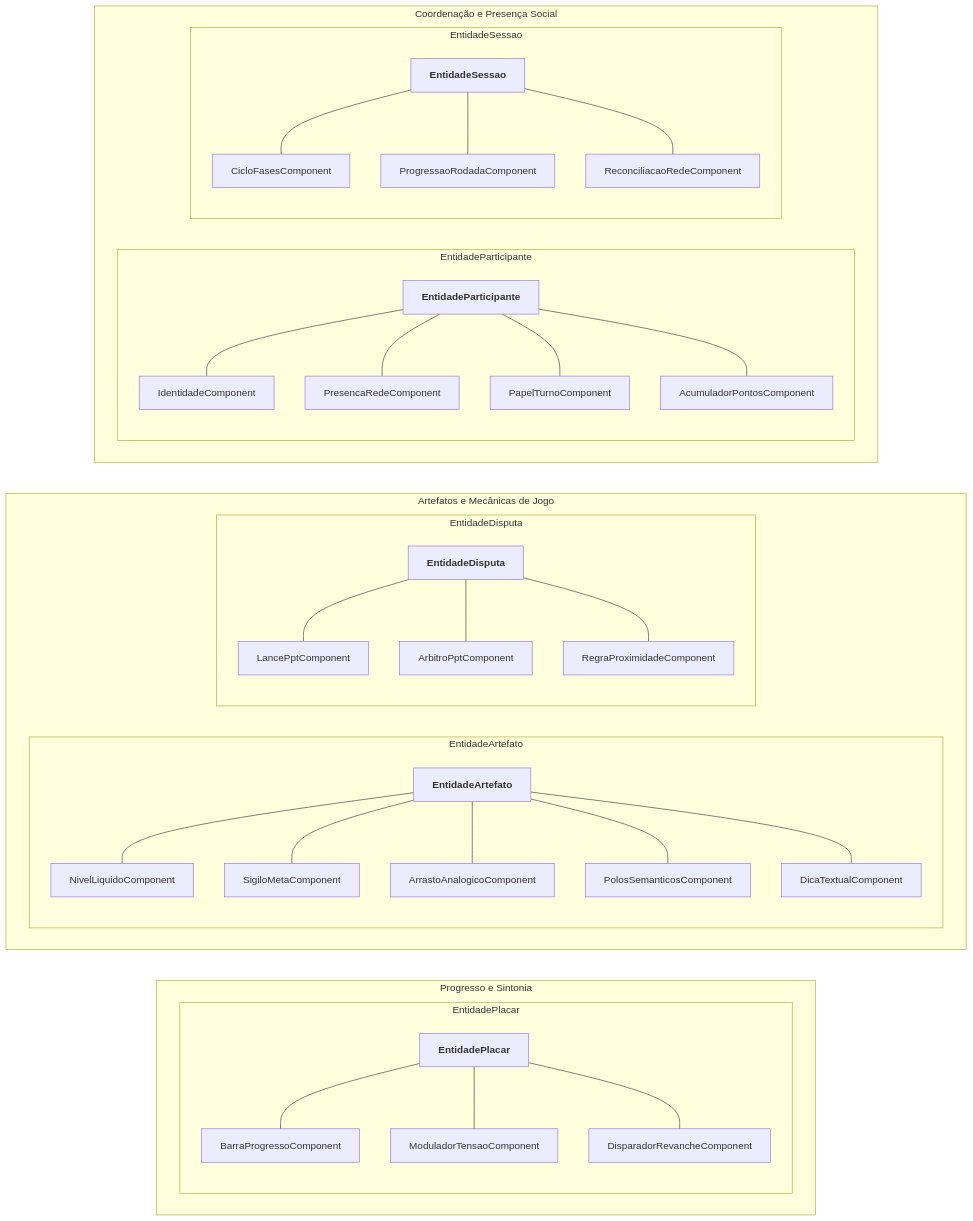
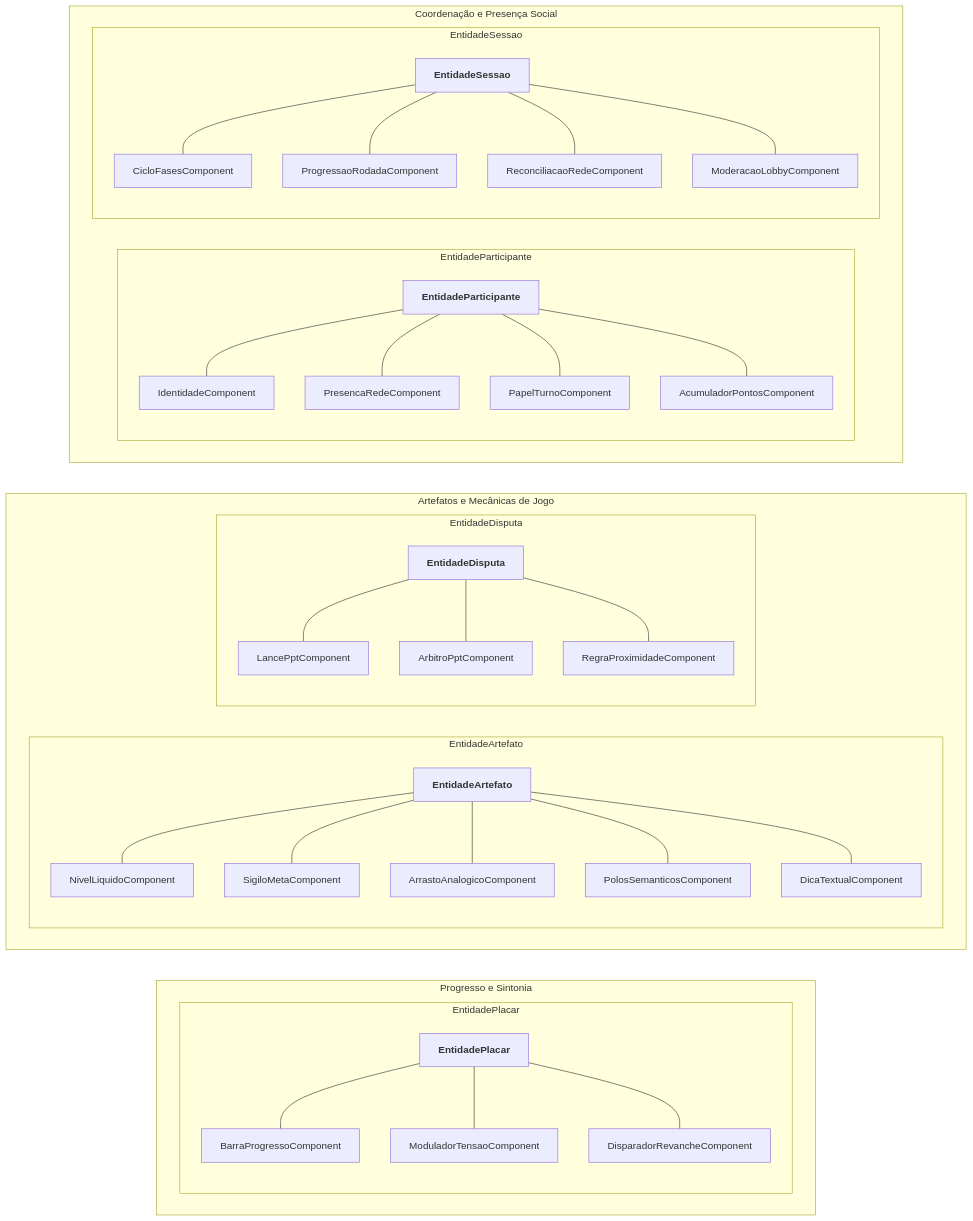
The second of 4 diagrams in docs/diagramas/diagramas.md (araujosemacento/leveling_out), drawn with Mermaid before and after one commit. The commit also changed other lines of this file and 27 other files, not shown here.

````diff
--- a/docs/diagramas/diagramas.md
+++ b/docs/diagramas/diagramas.md
@@ -98,56 +98,57 @@
 ```mermaid
 flowchart TB
     subgraph LinhaSocial ["Coordenação e Presença Social"]
         direction LR
         subgraph SubE1 ["EntidadeParticipante"]
             direction TB
             EP["<b>EntidadeParticipante</b>"]
             EP --- C_Id["IdentidadeComponent"]
             EP --- C_Pres["PresencaRedeComponent"]
             EP --- C_Papel["PapelTurnoComponent"]
             EP --- C_Pontos["AcumuladorPontosComponent"]
         end
 
         subgraph SubE2 ["EntidadeSessao"]
             direction TB
             ES["<b>EntidadeSessao</b>"]
             ES --- C_Ciclo["CicloFasesComponent"]
             ES --- C_Prog["ProgressaoRodadaComponent"]
             ES --- C_Reconc["ReconciliacaoRedeComponent"]
+            ES --- C_Mod["ModeracaoLobbyComponent"]
         end
     end
 
     subgraph LinhaMecanica ["Artefatos e Mecânicas de Jogo"]
         direction LR
         subgraph SubE3 ["EntidadeArtefato"]
             direction TB
             EA["<b>EntidadeArtefato</b>"]
             EA --- C_Nivel["NivelLiquidoComponent"]
             EA --- C_Sigilo["SigiloMetaComponent"]
             EA --- C_Arrasto["ArrastoAnalogicoComponent"]
             EA --- C_Polos["PolosSemanticosComponent"]
             EA --- C_Dica["DicaTextualComponent"]
         end
 
         subgraph SubE4 ["EntidadeDisputa"]
             direction TB
             ED["<b>EntidadeDisputa</b>"]
             ED --- C_Lance["LancePptComponent"]
             ED --- C_Arbitro["ArbitroPptComponent"]
             ED --- C_Regra["RegraProximidadeComponent"]
         end
     end
 
     subgraph LinhaResultados ["Progresso e Sintonia"]
         direction LR
         subgraph SubE5 ["EntidadePlacar"]
             direction TB
             EPL["<b>EntidadePlacar</b>"]
             EPL --- C_Barra["BarraProgressoComponent"]
             EPL --- C_Tensao["ModuladorTensaoComponent"]
             EPL --- C_Revanche["DisparadorRevancheComponent"]
         end
     end
 
     LinhaSocial ~~~ LinhaMecanica ~~~ LinhaResultados
 ```
````
